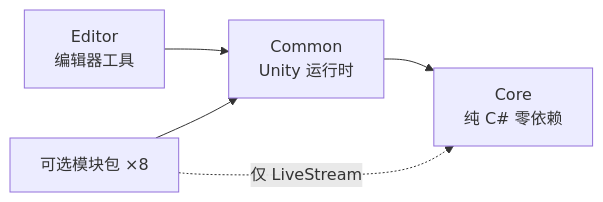
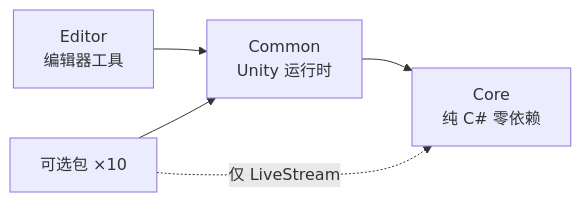
One commit to Cielevel/AxuFrameKitV2 changed the diagram in README.md. Above: the diagram before and after it, drawn with Mermaid. The commit also changed other lines of this file and 10 other files, not shown here.

````diff
--- a/README.md
+++ b/README.md
@@ -32,12 +32,12 @@
 ```mermaid
 graph LR
     A["Core<br/>纯 C# 零依赖"]
     B["Common<br/>Unity 运行时"]
     E["Editor<br/>编辑器工具"]
-    M["可选模块包 ×8"]
+    M["可选包 ×10"]
 
     B --> A
     E --> B
     M --> B
     M -.仅 LiveStream.-> A
 ```
````
